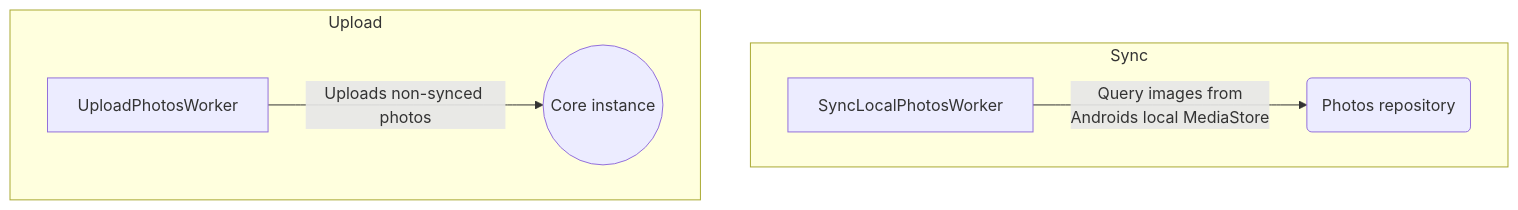
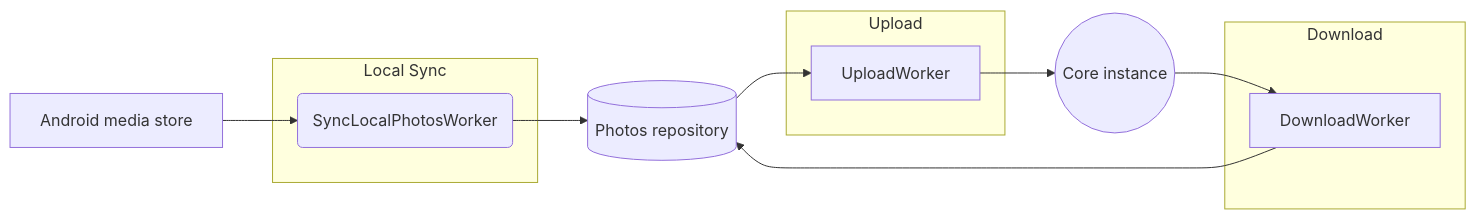
One commit to photos-network/android changed the second of 2 diagrams in README.md. Above: the diagram before and after it, drawn with Mermaid. The commit also changed other lines of this file, not shown here.

Commit message:
update diagrams

````diff
--- a/README.md
+++ b/README.md
@@ -35,10 +43,22 @@
 ```mermaid
-  graph TB
-    subgraph Sync
-      worker1[SyncLocalPhotosWorker]-- Query images from <br/>Androids local MediaStore --> repo1(Photos repository)
+flowchart LR
+    store[Android media store]
+    repo[(Photos repository)]
+    core((Core instance))
+
+    store --> syncWorker --> repo
+    repo --> uploadWorker --> core
+    core --> downloadWorker --> repo
+    
+    subgraph Local Sync
+        syncWorker(SyncLocalPhotosWorker)
     end
-    
+
     subgraph Upload
-      worker2[UploadPhotosWorker]-- Uploads non-synced photos --> core((Core instance))
+        uploadWorker[UploadWorker]
+    end 
+
+    subgraph Download
+        downloadWorker[DownloadWorker]
     end
 ```
````
